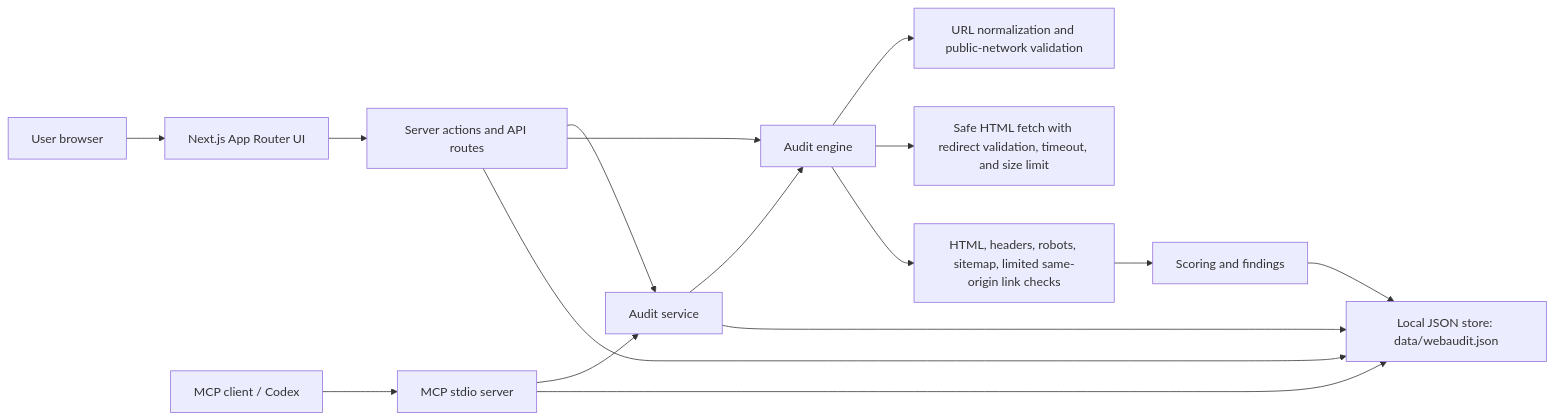
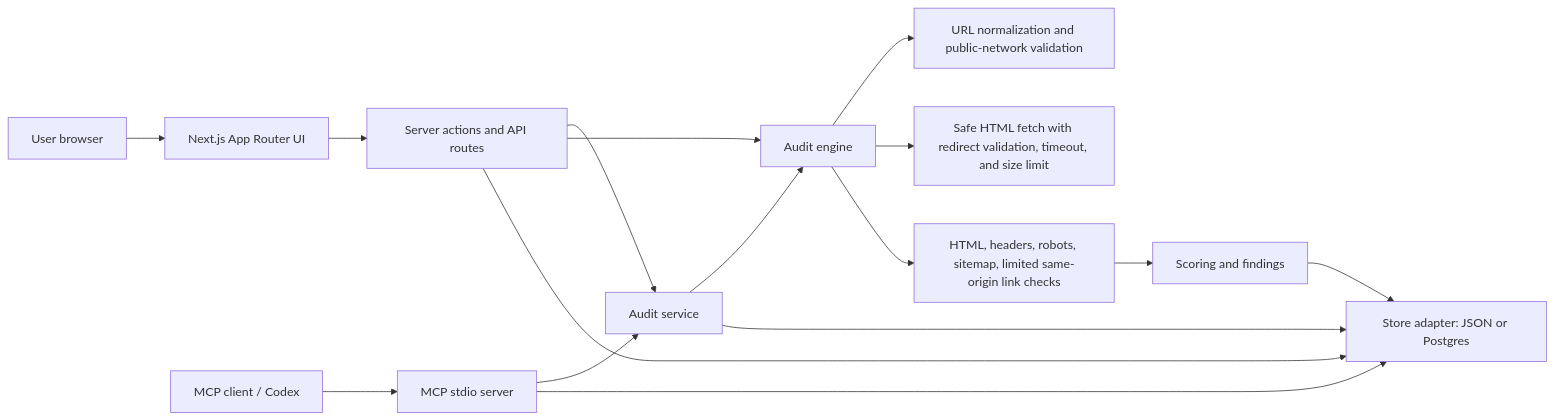
Before and after one commit to sayuru-akash/web-audit-mcp: the first of 3 diagrams in README.md, drawn with Mermaid. The commit also changed other lines of this file and 38 other files, not shown here.

````diff
--- a/README.md
+++ b/README.md
@@ -72,21 +78,21 @@
 ```mermaid
 flowchart LR
   User["User browser"] --> Next["Next.js App Router UI"]
   Agent["MCP client / Codex"] --> MCP["MCP stdio server"]
 
   Next --> Actions["Server actions and API routes"]
   MCP --> AuditService["Audit service"]
   Actions --> AuditService
   Actions --> AuditEngine["Audit engine"]
   AuditService --> AuditEngine
 
   AuditEngine --> UrlSafety["URL normalization and public-network validation"]
   AuditEngine --> Fetch["Safe HTML fetch with redirect validation, timeout, and size limit"]
   AuditEngine --> Checks["HTML, headers, robots, sitemap, limited same-origin link checks"]
   Checks --> Scoring["Scoring and findings"]
 
-  Actions --> Store["Local JSON store: data/webaudit.json"]
+  Actions --> Store["Store adapter: JSON or Postgres"]
   AuditService --> Store
   MCP --> Store
   Scoring --> Store
 ```
````
